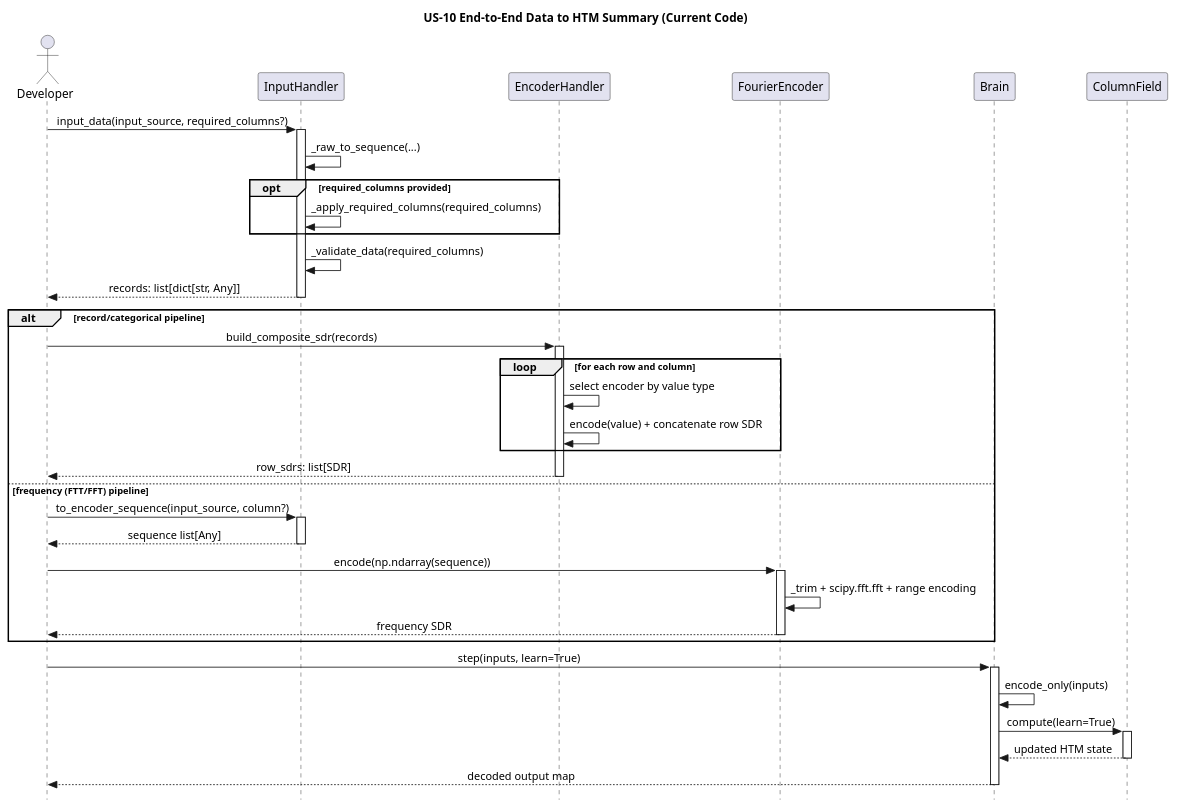
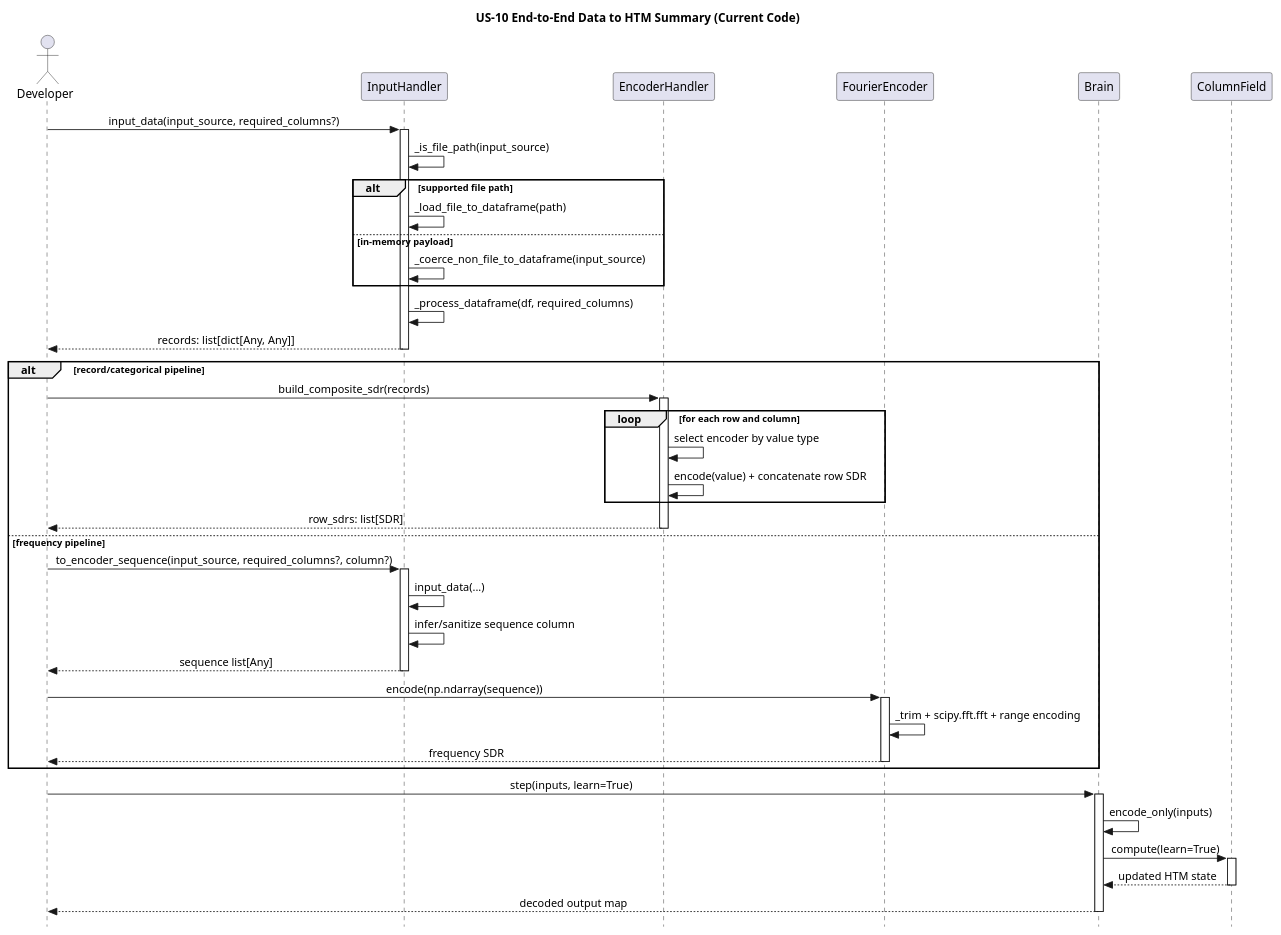
Before and after one commit to egrembocki/htmrl: the diagram in docs/puml/US/us-10.puml, drawn with PlantUML. The commit also changed 4 other files, not shown here.

Commit message:
Update US sequence diagrams for current InputHandler flow

```diff
--- a/docs/puml/US/us-10.puml
+++ b/docs/puml/US/us-10.puml
@@ -1,55 +1,59 @@
 @startuml
 skinparam style strictuml
 skinparam sequenceMessageAlign center
 skinparam responseMessageBelowArrow true
 title US-10 End-to-End Data to HTM Summary (Current Code)
 
 actor Developer
 participant "InputHandler" as IH
 participant "EncoderHandler" as EH
 participant "FourierEncoder" as FFT
 participant "Brain" as BR
 participant "ColumnField" as CF
 
 Developer -> IH: input_data(input_source, required_columns?)
 activate IH
-IH -> IH: _raw_to_sequence(...)
-opt required_columns provided
-  IH -> IH: _apply_required_columns(required_columns)
+IH -> IH: _is_file_path(input_source)
+alt supported file path
+  IH -> IH: _load_file_to_dataframe(path)
+else in-memory payload
+  IH -> IH: _coerce_non_file_to_dataframe(input_source)
 end
-IH -> IH: _validate_data(required_columns)
-IH --> Developer: records: list[dict[str, Any]]
+IH -> IH: _process_dataframe(df, required_columns)
+IH --> Developer: records: list[dict[Any, Any]]
 deactivate IH
 
 alt record/categorical pipeline
   Developer -> EH: build_composite_sdr(records)
   activate EH
   loop for each row and column
     EH -> EH: select encoder by value type
     EH -> EH: encode(value) + concatenate row SDR
   end
   EH --> Developer: row_sdrs: list[SDR]
   deactivate EH
-else frequency (FTT/FFT) pipeline
-  Developer -> IH: to_encoder_sequence(input_source, column?)
+else frequency pipeline
+  Developer -> IH: to_encoder_sequence(input_source, required_columns?, column?)
   activate IH
+  IH -> IH: input_data(...)
+  IH -> IH: infer/sanitize sequence column
   IH --> Developer: sequence list[Any]
   deactivate IH
 
   Developer -> FFT: encode(np.ndarray(sequence))
   activate FFT
   FFT -> FFT: _trim + scipy.fft.fft + range encoding
   FFT --> Developer: frequency SDR
   deactivate FFT
 end
 
 Developer -> BR: step(inputs, learn=True)
 activate BR
 BR -> BR: encode_only(inputs)
 BR -> CF: compute(learn=True)
 activate CF
 CF --> BR: updated HTM state
 deactivate CF
 BR --> Developer: decoded output map
 deactivate BR
 @enduml
```
